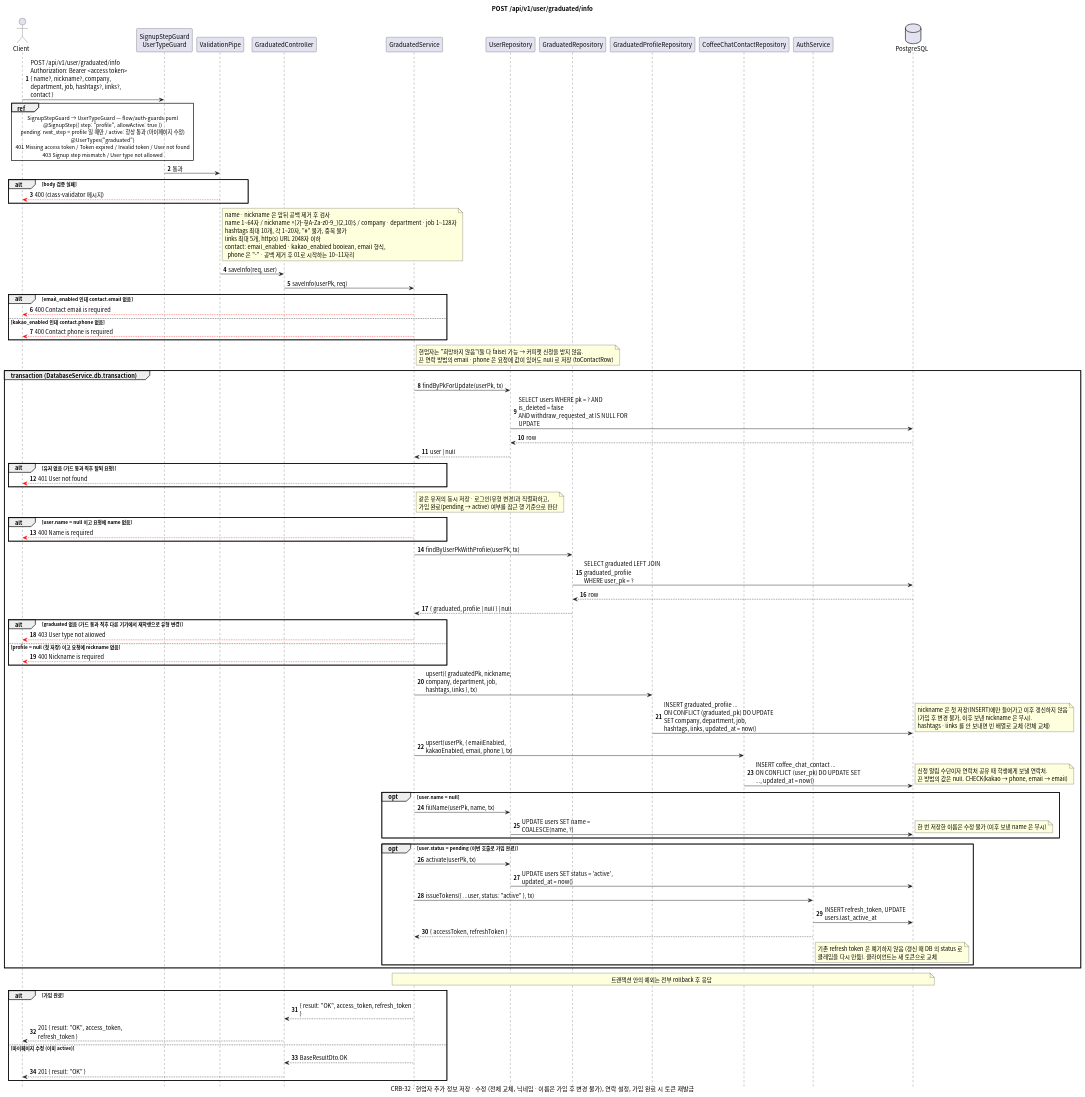
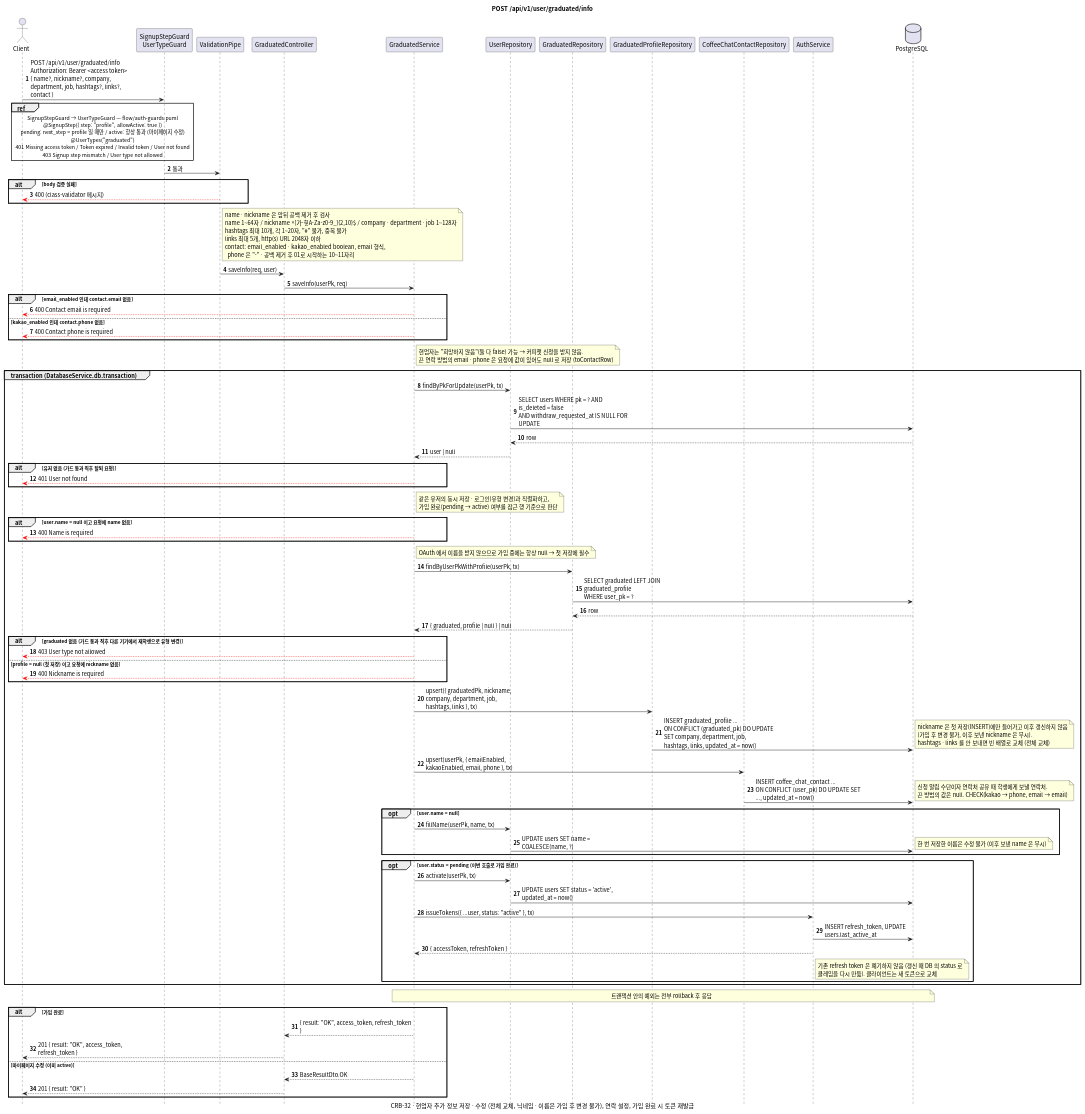
Before and after one commit to gsainfoteam/cheers-be: the diagram in docs/sequence/graduated/post-info.puml, drawn with PlantUML. The commit also changed 2 other files, not shown here.

Commit message:
- docs: update sequence diagrams for name input (CRB-52)

```diff
--- a/docs/sequence/graduated/post-info.puml
+++ b/docs/sequence/graduated/post-info.puml
@@ -1,126 +1,127 @@
 @startuml post-info
 skinparam defaultFontName "Apple SD Gothic Neo", "Noto Sans CJK KR", sans-serif
 skinparam responseMessageBelowArrow true
 skinparam sequenceMessageAlign left
 skinparam maxMessageSize 260
 skinparam BoxPadding 8
 skinparam shadowing false
 autonumber
 hide footbox
 
 title POST /api/v1/user/graduated/info
 caption CRB-32 · 현업자 추가 정보 저장 · 수정 (전체 교체, 닉네임 · 이름은 가입 후 변경 불가), 연락 설정, 가입 완료 시 토큰 재발급
 
 actor Client
 participant "SignupStepGuard\nUserTypeGuard" as Guard
 participant "ValidationPipe" as Pipe
 participant "GraduatedController" as Controller
 participant "GraduatedService" as Service
 participant "UserRepository" as UserRepository
 participant "GraduatedRepository" as GraduatedRepository
 participant "GraduatedProfileRepository" as ProfileRepository
 participant "CoffeeChatContactRepository" as ContactRepository
 participant "AuthService" as AuthService
 database PostgreSQL
 
 Client -> Guard: POST /api/v1/user/graduated/info\nAuthorization: Bearer <access token>\n{ name?, nickname?, company, department, job, hashtags?, links?, contact }
 ref over Client, Guard
   SignupStepGuard → UserTypeGuard — flow/auth-guards.puml
   @SignupStep({ step: "profile", allowActive: true })
   pending: next_step = profile 일 때만 / active: 항상 통과 (마이페이지 수정)
   @UserTypes("graduated")
   401 Missing access token / Token expired / Invalid token / User not found
   403 Signup step mismatch / User type not allowed
 end ref
 Guard -> Pipe: 통과
 alt body 검증 실패
   Pipe -[#red]-> Client: 400 (class-validator 메시지)
 end
 note right of Pipe
   name · nickname 은 앞뒤 공백 제거 후 검사
   name 1~64자 / nickname ^[가-힣A-Za-z0-9_]{2,10}$ / company · department · job 1~128자
   hashtags 최대 10개, 각 1~20자, "#" 불가, 중복 불가
   links 최대 5개, http(s) URL 2048자 이하
   contact: email_enabled · kakao_enabled boolean, email 형식,
     phone 은 "-" · 공백 제거 후 01로 시작하는 10~11자리
 end note
 Pipe -> Controller: saveInfo(req, user)
 Controller -> Service: saveInfo(userPk, req)
 
 alt email_enabled 인데 contact.email 없음
   Service -[#red]-> Client: 400 Contact email is required
 else kakao_enabled 인데 contact.phone 없음
   Service -[#red]-> Client: 400 Contact phone is required
 end
 note right of Service
   현업자는 "희망하지 않음"(둘 다 false) 가능 → 커피챗 신청을 받지 않음.
   끈 연락 방법의 email · phone 은 요청에 값이 있어도 null 로 저장 (toContactRow)
 end note
 
 group transaction (DatabaseService.db.transaction)
   Service -> UserRepository: findByPkForUpdate(userPk, tx)
   UserRepository -> PostgreSQL: SELECT users WHERE pk = ? AND is_deleted = false\nAND withdraw_requested_at IS NULL FOR UPDATE
   PostgreSQL --> UserRepository: row
   UserRepository --> Service: user | null
   alt 유저 없음 (가드 통과 직후 탈퇴 요청)
     Service -[#red]-> Client: 401 User not found
   end
   note right of Service
     같은 유저의 동시 저장 · 로그인(유형 변경)과 직렬화하고,
     가입 완료(pending → active) 여부를 잠근 행 기준으로 판단
   end note
   alt user.name = null 이고 요청에 name 없음
     Service -[#red]-> Client: 400 Name is required
   end
+  note right of Service: OAuth 에서 이름을 받지 않으므로 가입 중에는 항상 null → 첫 저장에 필수
 
   Service -> GraduatedRepository: findByUserPkWithProfile(userPk, tx)
   GraduatedRepository -> PostgreSQL: SELECT graduated LEFT JOIN graduated_profile\nWHERE user_pk = ?
   PostgreSQL --> GraduatedRepository: row
   GraduatedRepository --> Service: { graduated, profile | null } | null
   alt graduated 없음 (가드 통과 직후 다른 기기에서 재학생으로 유형 변경)
     Service -[#red]-> Client: 403 User type not allowed
   else profile = null (첫 저장) 이고 요청에 nickname 없음
     Service -[#red]-> Client: 400 Nickname is required
   end
 
   Service -> ProfileRepository: upsert({ graduatedPk, nickname, company, department, job,\nhashtags, links }, tx)
   ProfileRepository -> PostgreSQL: INSERT graduated_profile ...\nON CONFLICT (graduated_pk) DO UPDATE SET company, department, job,\nhashtags, links, updated_at = now()
   note right
     nickname 은 첫 저장(INSERT)에만 들어가고 이후 갱신하지 않음
     (가입 후 변경 불가, 이후 보낸 nickname 은 무시).
     hashtags · links 를 안 보내면 빈 배열로 교체 (전체 교체)
   end note
 
   Service -> ContactRepository: upsert(userPk, { emailEnabled, kakaoEnabled, email, phone }, tx)
   ContactRepository -> PostgreSQL: INSERT coffee_chat_contact ...\nON CONFLICT (user_pk) DO UPDATE SET ..., updated_at = now()
   note right: 신청 알림 수단이자 연락처 공유 때 학생에게 보낼 연락처.\n끈 방법의 값은 null. CHECK(kakao → phone, email → email)
 
   opt user.name = null
     Service -> UserRepository: fillName(userPk, name, tx)
     UserRepository -> PostgreSQL: UPDATE users SET name = COALESCE(name, ?)
     note right: 한 번 저장한 이름은 수정 불가 (이후 보낸 name 은 무시)
   end
 
   opt user.status = pending (이번 호출로 가입 완료)
     Service -> UserRepository: activate(userPk, tx)
     UserRepository -> PostgreSQL: UPDATE users SET status = 'active', updated_at = now()
     Service -> AuthService: issueTokens({ ...user, status: "active" }, tx)
     AuthService -> PostgreSQL: INSERT refresh_token, UPDATE users.last_active_at
     AuthService --> Service: { accessToken, refreshToken }
     note right of AuthService
       기존 refresh token 은 폐기하지 않음 (갱신 때 DB 의 status 로
       클레임을 다시 만듦). 클라이언트는 새 토큰으로 교체
     end note
   end
 end
 note over Service, PostgreSQL: 트랜잭션 안의 예외는 전부 rollback 후 응답
 
 alt 가입 완료
   Service --> Controller: { result: "OK", access_token, refresh_token }
   Controller --> Client: 201 { result: "OK", access_token, refresh_token }
 else 마이페이지 수정 (이미 active)
   Service --> Controller: BaseResultDto.OK
   Controller --> Client: 201 { result: "OK" }
 end
 
 @enduml
```
